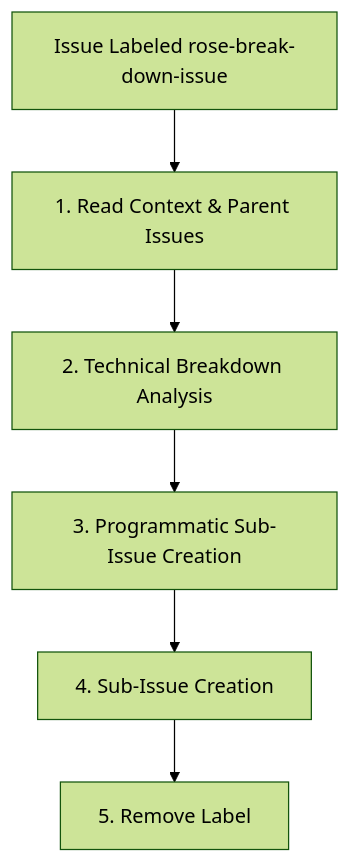
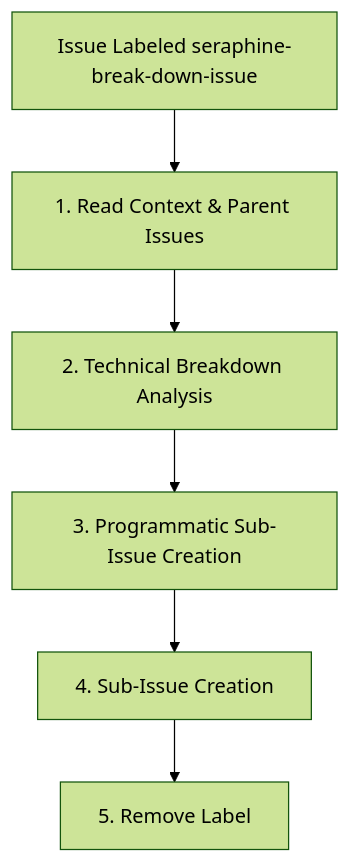
One commit to brotherlogic/rose changed the diagram in .agent/workflows/seraphine-break-down-issue.md. Above: the diagram before and after it, drawn with Mermaid (forest theme). The commit also changed other lines of this file and 5 other files, not shown here.

Commit message:
chore: replace rose- label prefixes with seraphine-

````diff
--- a/.agent/workflows/seraphine-break-down-issue.md
+++ b/.agent/workflows/seraphine-break-down-issue.md
@@ -7,8 +7,8 @@
 ```mermaid
 graph TD
-    A[Issue Labeled rose-break-down-issue] --> B[1. Read Context & Parent Issues]
+    A[Issue Labeled seraphine-break-down-issue] --> B[1. Read Context & Parent Issues]
     B --> C[2. Technical Breakdown Analysis]
     C --> D[3. Programmatic Sub-Issue Creation]
     D --> E[4. Sub-Issue Creation]
     E --> F[5. Remove Label]
 ```
````
